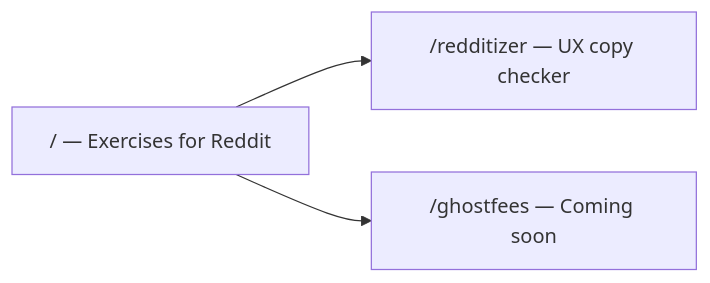
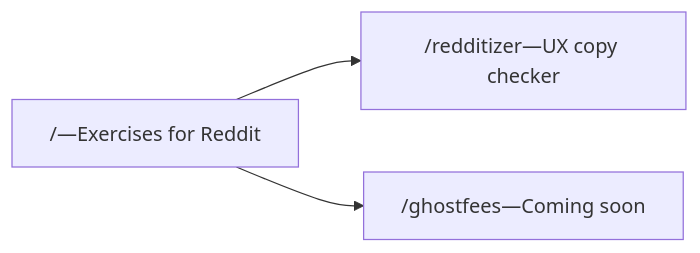
One commit to corix/redditex changed the diagram in docs/specs/multi-page-site-index.md. Above: the diagram before and after it, drawn with Mermaid. The commit also changed other lines of this file and 55 other files, not shown here.

````diff
--- a/docs/specs/multi-page-site-index.md
+++ b/docs/specs/multi-page-site-index.md
@@ -13,8 +13,8 @@
 ```mermaid
 flowchart LR
-  home["/ — Exercises for Reddit"]
-  redditizer["/redditizer — UX copy checker"]
-  ghostfees["/ghostfees — Coming soon"]
+  home["/—Exercises for Reddit"]
+  redditizer["/redditizer—UX copy checker"]
+  ghostfees["/ghostfees—Coming soon"]
   home --> redditizer
   home --> ghostfees
 ```
````
